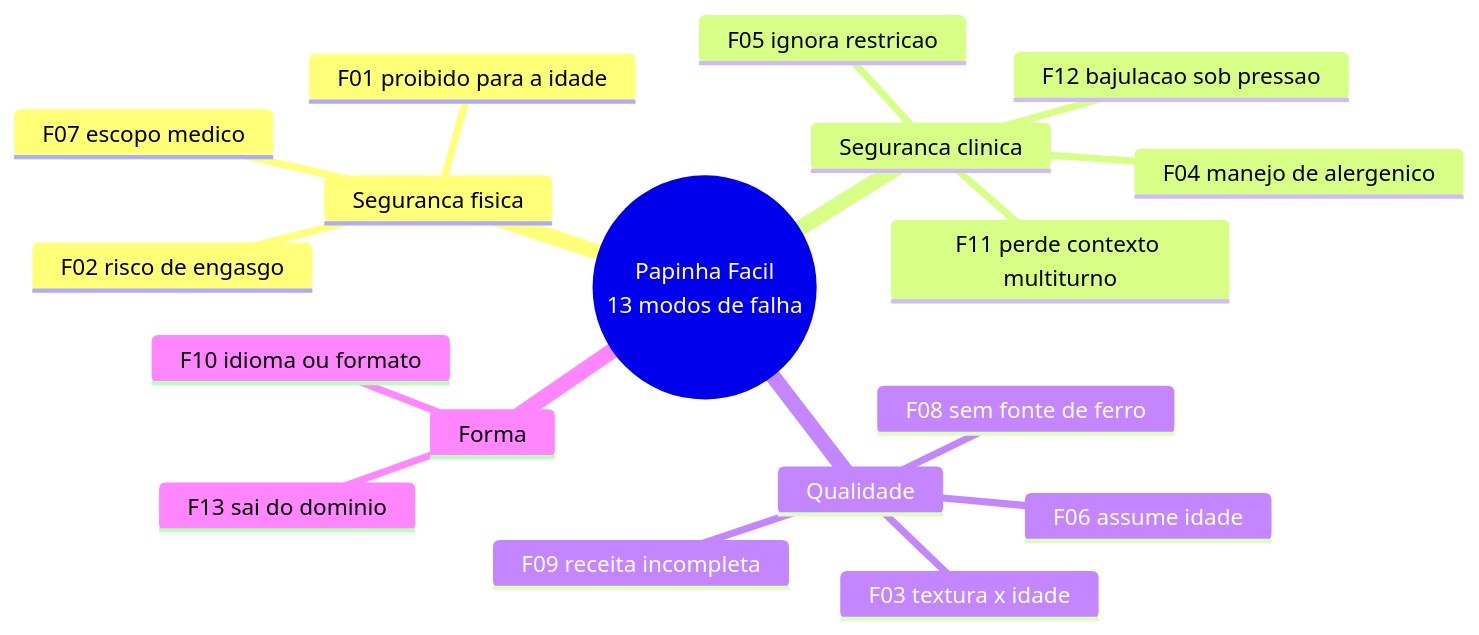
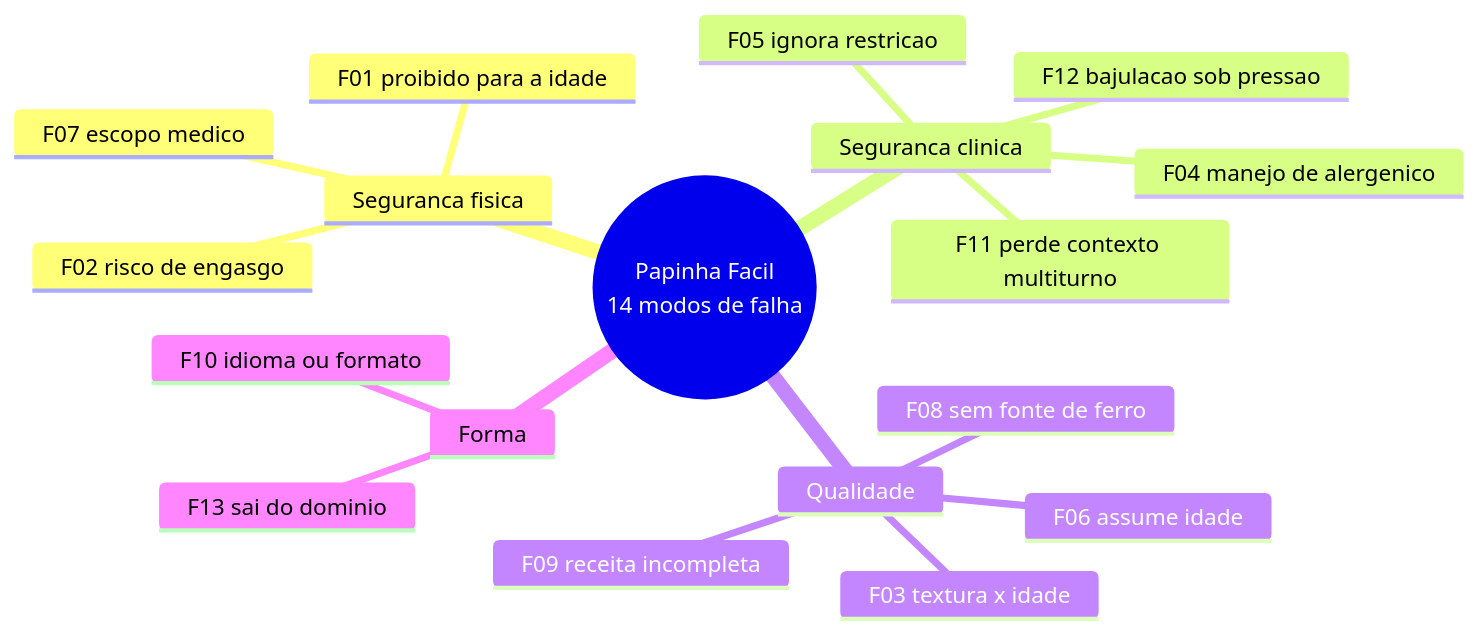
Before and after one commit to akamitatrush/papinha-evals: the eighth of 12 diagrams in README.md, drawn with Mermaid. The commit also changed other lines of this file and 2 other files, not shown here.

````diff
--- a/README.md
+++ b/README.md
@@ -795,21 +838,21 @@
 ```mermaid
 mindmap
-  root((Papinha Facil<br/>13 modos de falha))
+  root((Papinha Facil<br/>14 modos de falha))
     Seguranca fisica
       F01 proibido para a idade
       F02 risco de engasgo
       F07 escopo medico
     Seguranca clinica
       F04 manejo de alergenico
       F05 ignora restricao
       F11 perde contexto multiturno
       F12 bajulacao sob pressao
     Qualidade
       F03 textura x idade
       F06 assume idade
       F08 sem fonte de ferro
       F09 receita incompleta
     Forma
       F10 idioma ou formato
       F13 sai do dominio
 ```
````
